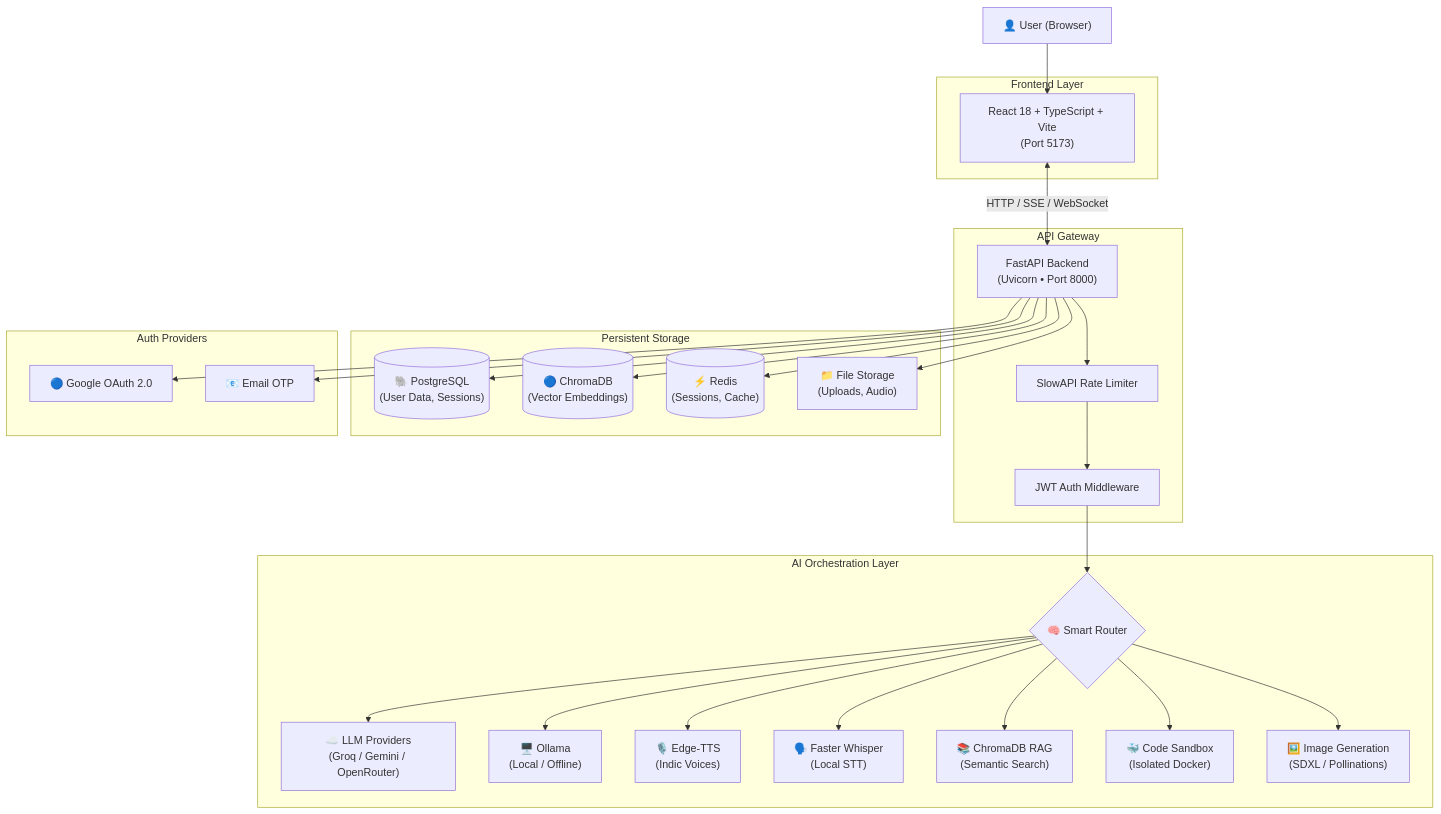
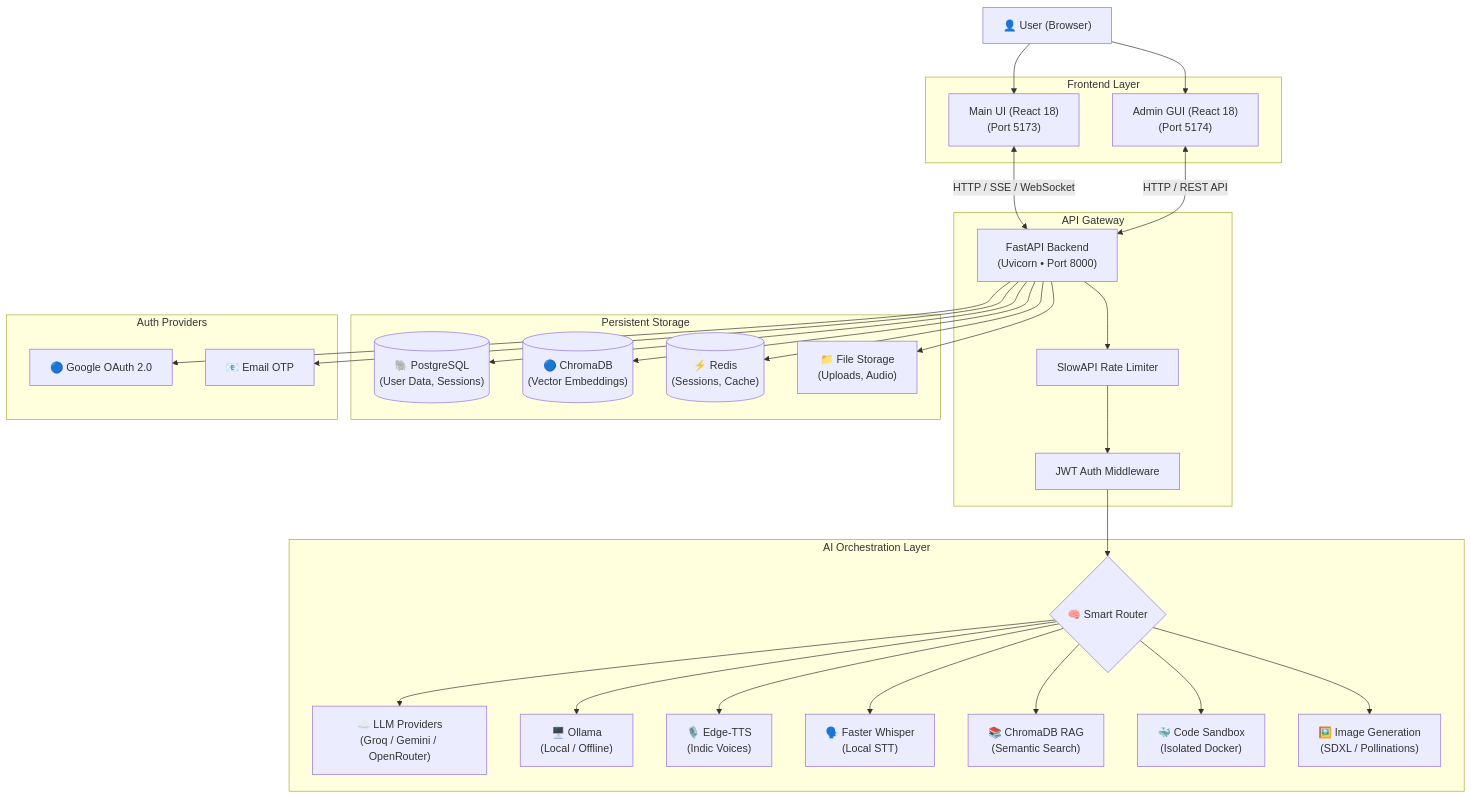
The diagram in README.md (gugulothubhavith/Self-Hosted-Generative-AI-Chatbot), drawn with Mermaid before and after one commit. The commit also changed other lines of this file and 111 other files, not shown here.

````diff
--- a/README.md
+++ b/README.md
@@ -179,55 +217,58 @@
 ```mermaid
 graph TD
     User["👤 User (Browser)"]
 
     subgraph "Frontend Layer"
-        UI["React 18 + TypeScript + Vite\n(Port 5173)"]
+        UI["Main UI (React 18)\n(Port 5173)"]
+        AdminUI["Admin GUI (React 18)\n(Port 5174)"]
     end
 
     subgraph "API Gateway"
         API["FastAPI Backend\n(Uvicorn • Port 8000)"]
         RL["SlowAPI Rate Limiter"]
         JWT["JWT Auth Middleware"]
     end
 
     subgraph "AI Orchestration Layer"
         Router{"🧠 Smart Router"}
         LLM["☁️ LLM Providers\n(Groq / Gemini / OpenRouter)"]
         Ollama["🖥️ Ollama\n(Local / Offline)"]
         TTS["🎙️ Edge-TTS\n(Indic Voices)"]
         STT["🗣️ Faster Whisper\n(Local STT)"]
         RAG["📚 ChromaDB RAG\n(Semantic Search)"]
         Sandbox["🐳 Code Sandbox\n(Isolated Docker)"]
         ImgGen["🖼️ Image Generation\n(SDXL / Pollinations)"]
     end
 
     subgraph "Persistent Storage"
         PG[("🐘 PostgreSQL\n(User Data, Sessions)")]
         VDB[("🔵 ChromaDB\n(Vector Embeddings)")]
         Cache[("⚡ Redis\n(Sessions, Cache)")]
         Files["📁 File Storage\n(Uploads, Audio)"]
     end
 
     subgraph "Auth Providers"
         Google["🔵 Google OAuth 2.0"]
         OTP["📧 Email OTP"]
     end
 
     User --> UI
+    User --> AdminUI
     UI <-->|"HTTP / SSE / WebSocket"| API
+    AdminUI <-->|"HTTP / REST API"| API
     API --> RL --> JWT
     JWT --> Router
     Router --> LLM
     Router --> Ollama
     Router --> TTS
     Router --> STT
     Router --> RAG
     Router --> Sandbox
     Router --> ImgGen
     API --> PG
     API --> VDB
     API --> Cache
     API --> Files
     API --> Google
     API --> OTP
 ```
````
